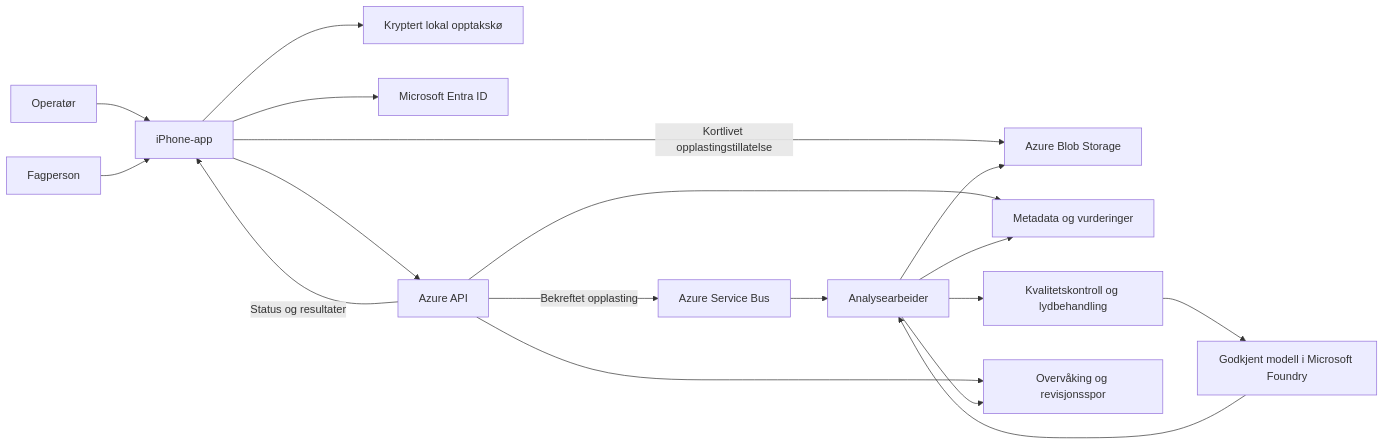
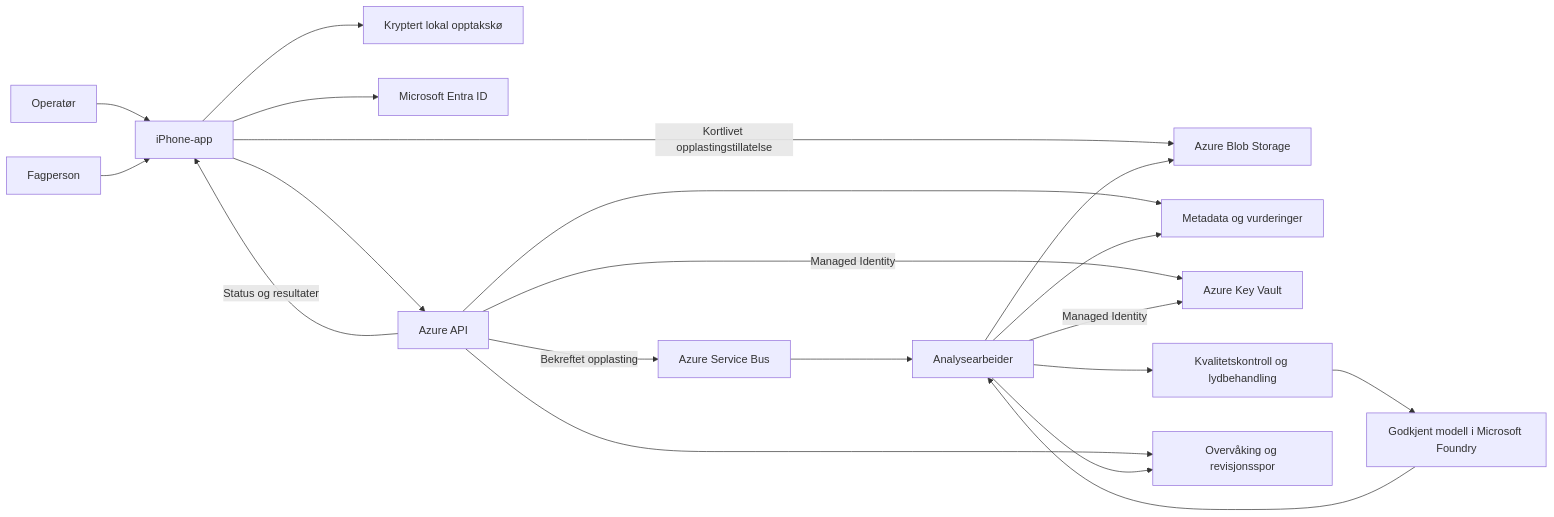
The diagram in plan-predmaint.md (arrwno/predmaint), drawn with Mermaid before and after one commit. The commit also changed other lines of this file and 2 other files, not shown here.

First line of the commit message:
docs: prioritize cyber risk and require Azure Key Vault

````diff
--- a/plan-predmaint.md
+++ b/plan-predmaint.md
@@ -56,20 +60,22 @@
 ```mermaid
 flowchart LR
     O[Operatør] --> APP[iPhone-app]
     F[Fagperson] --> APP
     APP --> LOCAL[Kryptert lokal opptakskø]
     APP --> ID[Microsoft Entra ID]
     APP --> API[Azure API]
     APP -->|Kortlivet opplastingstillatelse| BLOB[Azure Blob Storage]
     API --> DB[Metadata og vurderinger]
+    API -->|Managed Identity| VAULT[Azure Key Vault]
     API -->|Bekreftet opplasting| QUEUE[Azure Service Bus]
     QUEUE --> WORKER[Analysearbeider]
     WORKER --> BLOB
+    WORKER -->|Managed Identity| VAULT
     WORKER --> QC[Kvalitetskontroll og lydbehandling]
     QC --> MODEL[Godkjent modell i Microsoft Foundry]
     MODEL --> WORKER
     WORKER --> DB
     API -->|Status og resultater| APP
     API --> OBS[Overvåking og revisjonsspor]
     WORKER --> OBS
 ```
````
